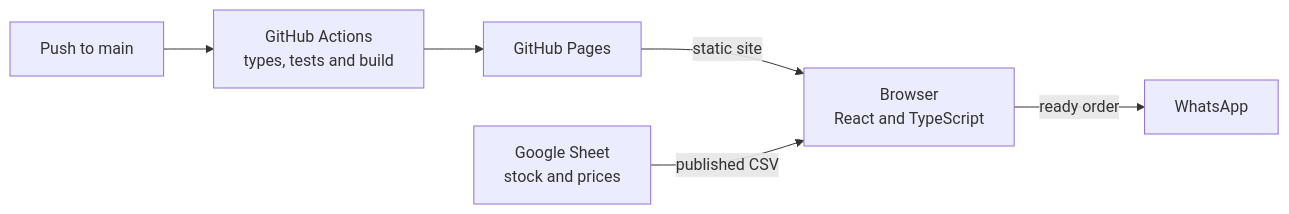
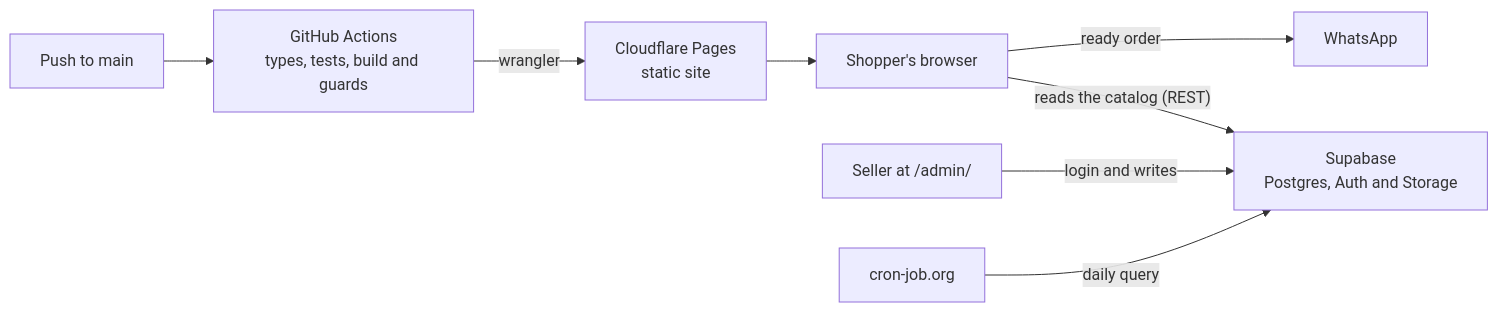
The diagram in README.en.md (EduardoFedeli/albummania), drawn with Mermaid before and after one commit. The commit also changed other lines of this file and 6 other files, not shown here.

````diff
--- a/README.en.md
+++ b/README.en.md
@@ -31,8 +39,10 @@
 ```mermaid
 flowchart LR
-    G["Push to main"] --> A["GitHub Actions<br>types, tests and build"]
-    A --> P["GitHub Pages"]
-    P -->|"static site"| N["Browser<br>React and TypeScript"]
-    S["Google Sheet<br>stock and prices"] -->|"published CSV"| N
+    G["Push to main"] --> A["GitHub Actions<br>types, tests, build and guards"]
+    A -->|"wrangler"| C["Cloudflare Pages<br>static site"]
+    C --> N["Shopper's browser"]
+    N -->|"reads the catalog (REST)"| S["Supabase<br>Postgres, Auth and Storage"]
+    V["Seller at /admin/"] -->|"login and writes"| S
     N -->|"ready order"| W["WhatsApp"]
+    K["cron-job.org"] -->|"daily query"| S
 ```
````
